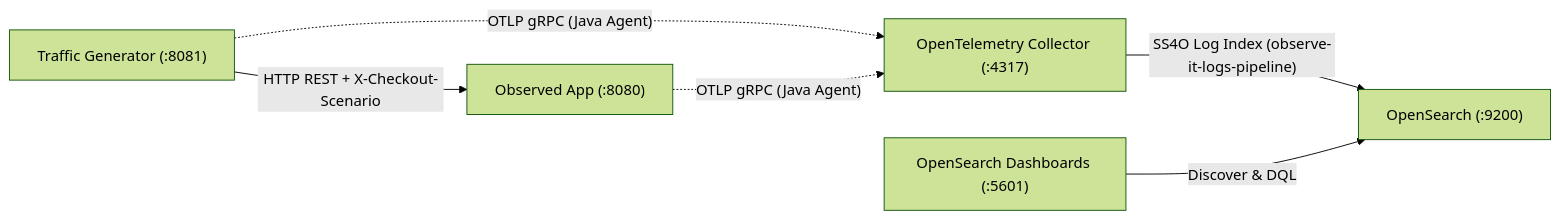
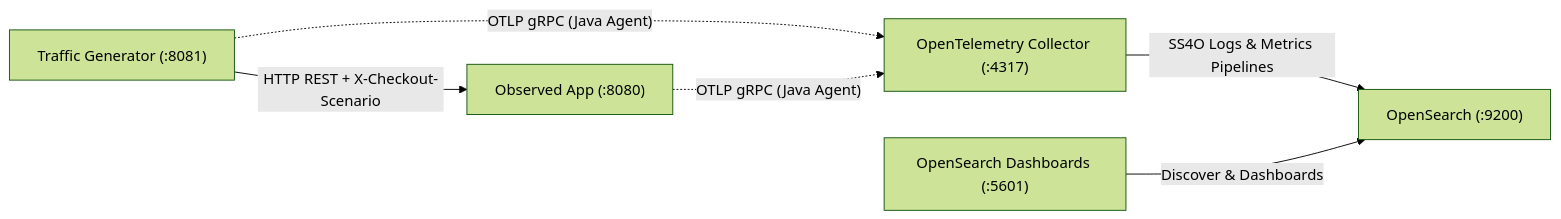
The diagram in docs/index.md (PawelBalcerek/observe-it), drawn with Mermaid (forest theme) before and after one commit. The commit also changed other lines of this file and 11 other files, not shown here.

Commit message:
feat: add milestone 2 adrs (adr-0006, adr-0007), metrics & dashboards guide, and docs updates

````diff
--- a/docs/index.md
+++ b/docs/index.md
@@ -11,8 +11,8 @@
 ```mermaid
 flowchart LR
   TG["Traffic Generator (:8081)"] -->|"HTTP REST + X-Checkout-Scenario"| OA["Observed App (:8080)"]
   TG -.->|"OTLP gRPC (Java Agent)"| OC["OpenTelemetry Collector (:4317)"]
   OA -.->|"OTLP gRPC (Java Agent)"| OC
-  OC -->|"SS4O Log Index (observe-it-logs-pipeline)"| OS["OpenSearch (:9200)"]
-  OSD["OpenSearch Dashboards (:5601)"] -->|"Discover & DQL"| OS
+  OC -->|"SS4O Logs & Metrics Pipelines"| OS["OpenSearch (:9200)"]
+  OSD["OpenSearch Dashboards (:5601)"] -->|"Discover & Dashboards"| OS
 ```
````
